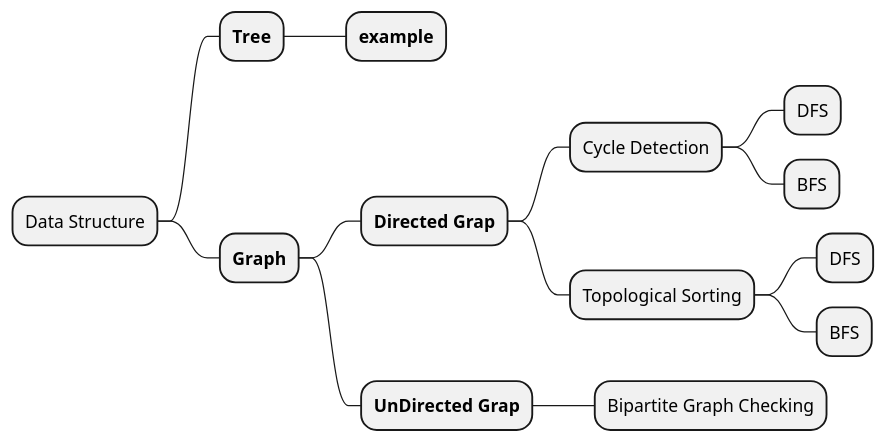
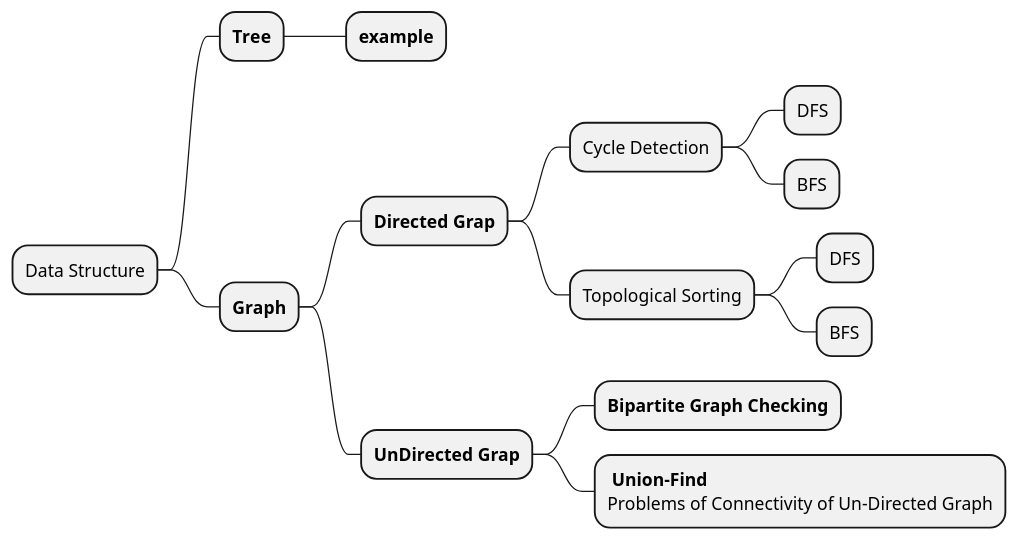
The diagram in 01-data_structures/readme.md (brofu/notes-algorithm), drawn with PlantUML before and after one commit. The commit also changed 2 other files, not shown here.

Commit message:
add docs about graph union-find

````diff
--- a/01-data_structures/readme.md
+++ b/01-data_structures/readme.md
@@ -3,24 +3,26 @@
 ```uml
 @startmindmap
 
 * Data Structure
 
 ** <b>Tree</b>
 *** <b>example</b>
 
 ** <b>Graph</b>
 
 *** <b>Directed Grap</b>
 
 **** Cycle Detection
 ***** DFS
 ***** BFS
 **** Topological Sorting
 ***** DFS
 ***** BFS
 
 *** <b>UnDirected Grap</b>
-**** Bipartite Graph Checking
+**** <b>Bipartite Graph Checking</b>
+****: <b>Union-Find</b>
+Problems of Connectivity of Un-Directed Graph;
 
 @endmindmap
 ```
````
